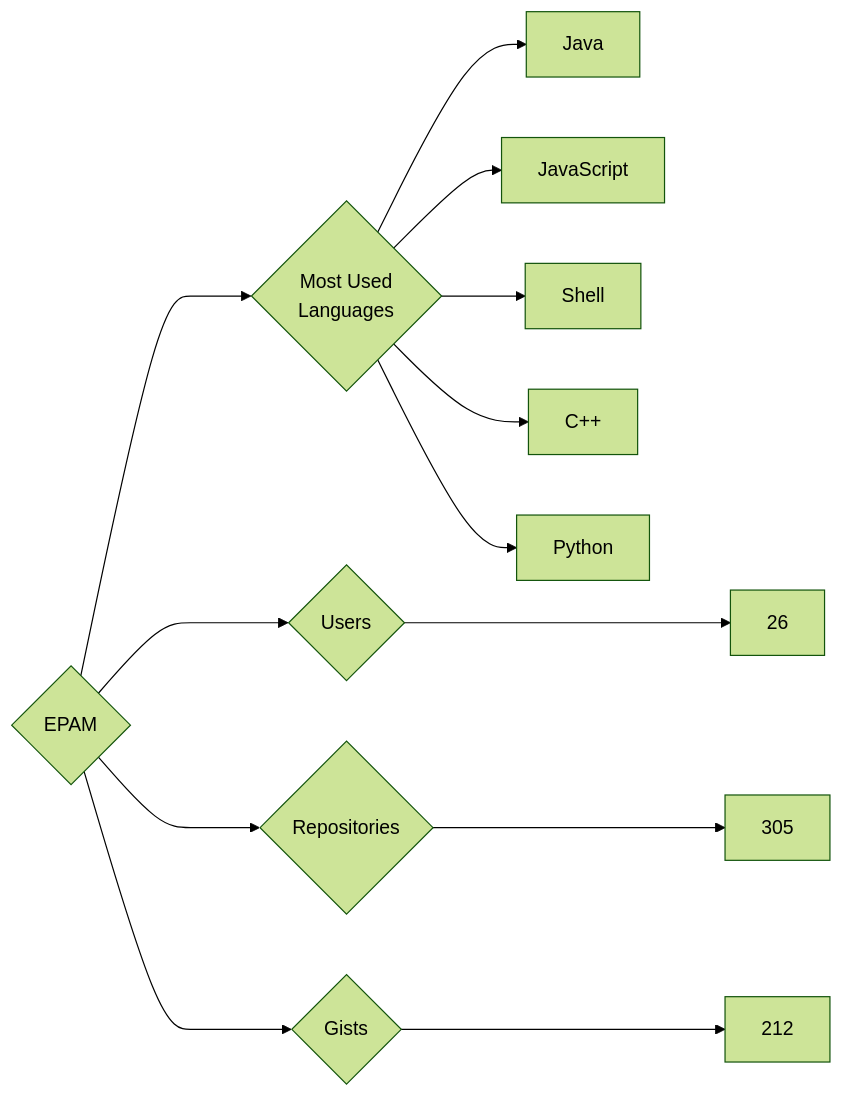
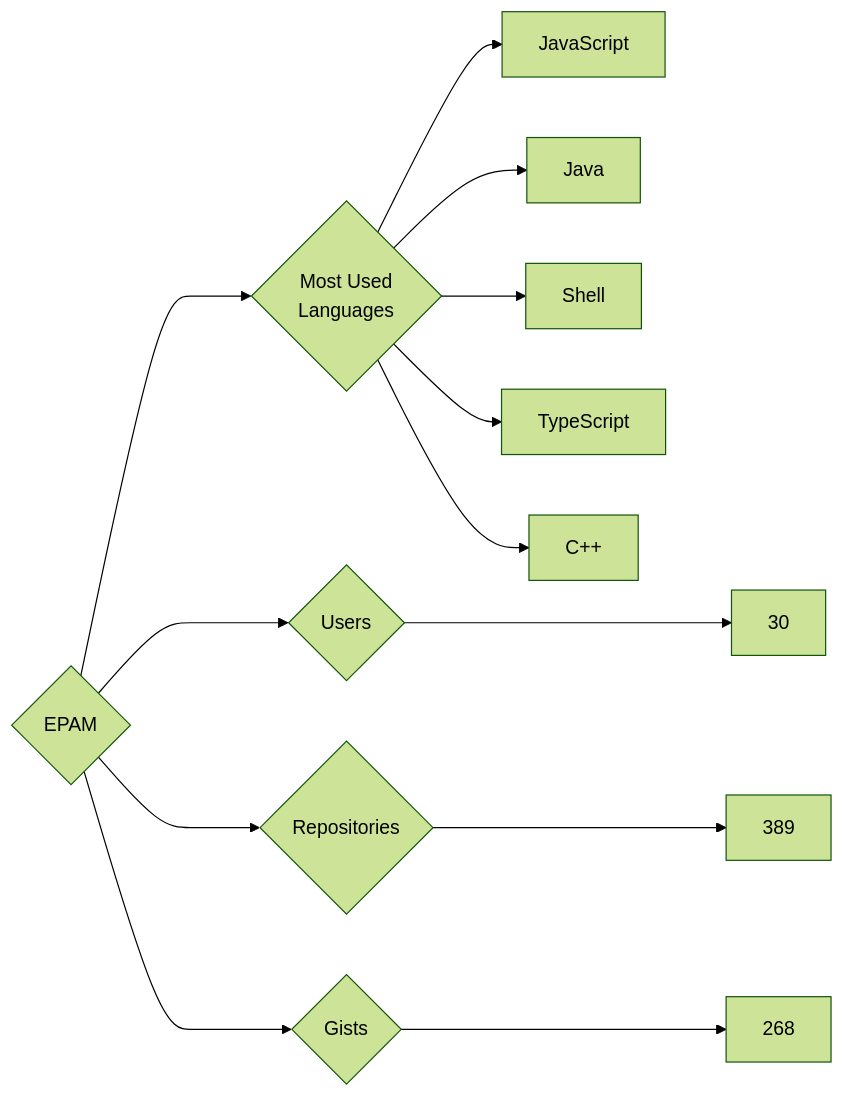
One commit to trickest/insiders changed the diagram in targets/EPAM/README.md. Above: the diagram before and after it, drawn with Mermaid (forest theme). The commit also changed 998 other files, not shown here.

````diff
--- a/targets/EPAM/README.md
+++ b/targets/EPAM/README.md
@@ -3,13 +3,13 @@
 ```mermaid
 graph LR
 COMPANY_NAME{EPAM}
-COMPANY_NAME ---> U{Users} ---> UN[26]
-COMPANY_NAME ---> R{Repositories} ---> RN[305]
-COMPANY_NAME ---> G{Gists} ---> GN[212]
+COMPANY_NAME ---> U{Users} ---> UN[30]
+COMPANY_NAME ---> R{Repositories} ---> RN[389]
+COMPANY_NAME ---> G{Gists} ---> GN[268]
 COMPANY_NAME ---> ML{Most Used<br>Languages}
+ML --> JavaScript[JavaScript]
 ML --> Java[Java]
-ML --> JavaScript[JavaScript]
 ML --> Shell[Shell]
+ML --> TypeScript[TypeScript]
 ML --> C++[C++]
-ML --> Python[Python]
 ```
````
